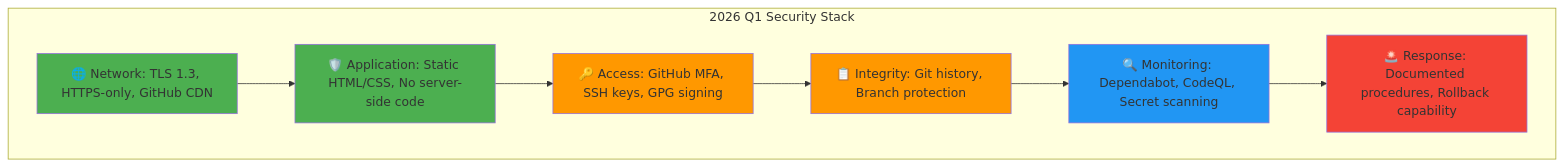
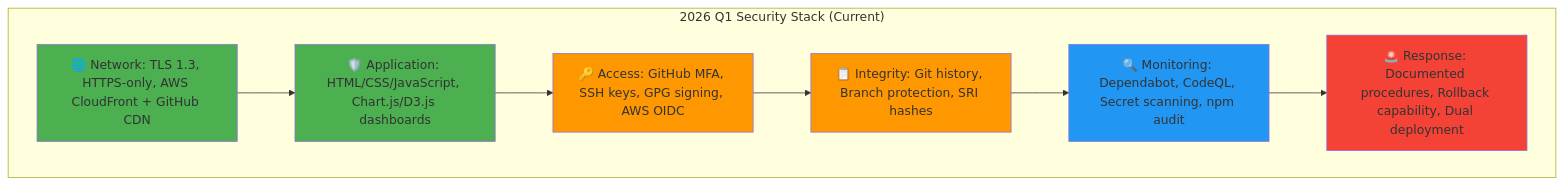
Before and after one commit to Hack23/riksdagsmonitor: the first of 9 diagrams in FUTURE_SECURITY_ARCHITECTURE.md, drawn with Mermaid. The commit also changed other lines of this file, not shown here.

Commit message:
Update FUTURE_SECURITY_ARCHITECTURE.md with current state and roadmap (v1.1)

````diff
--- a/FUTURE_SECURITY_ARCHITECTURE.md
+++ b/FUTURE_SECURITY_ARCHITECTURE.md
@@ -52,24 +52,24 @@
 ```mermaid
 graph TB
-    subgraph "2026 Q1 Security Stack"
-        L1[🌐 Network: TLS 1.3, HTTPS-only, GitHub CDN]
-        L2[🛡️ Application: Static HTML/CSS, No server-side code]
-        L3[🔑 Access: GitHub MFA, SSH keys, GPG signing]
-        L4[📋 Integrity: Git history, Branch protection]
-        L5[🔍 Monitoring: Dependabot, CodeQL, Secret scanning]
-        L6[🚨 Response: Documented procedures, Rollback capability]
+    subgraph "2026 Q1 Security Stack (Current)"
+        L1[🌐 Network: TLS 1.3, HTTPS-only, AWS CloudFront + GitHub CDN]
+        L2[🛡️ Application: HTML/CSS/JavaScript, Chart.js/D3.js dashboards]
+        L3[🔑 Access: GitHub MFA, SSH keys, GPG signing, AWS OIDC]
+        L4[📋 Integrity: Git history, Branch protection, SRI hashes]
+        L5[🔍 Monitoring: Dependabot, CodeQL, Secret scanning, npm audit]
+        L6[🚨 Response: Documented procedures, Rollback capability, Dual deployment]
     end
     
     L1 --> L2
     L2 --> L3
     L3 --> L4
     L4 --> L5
     L5 --> L6
     
     style L1 fill:#4caf50
     style L2 fill:#4caf50
     style L3 fill:#ff9800
     style L4 fill:#ff9800
     style L5 fill:#2196f3
     style L6 fill:#f44336
 ```
````
